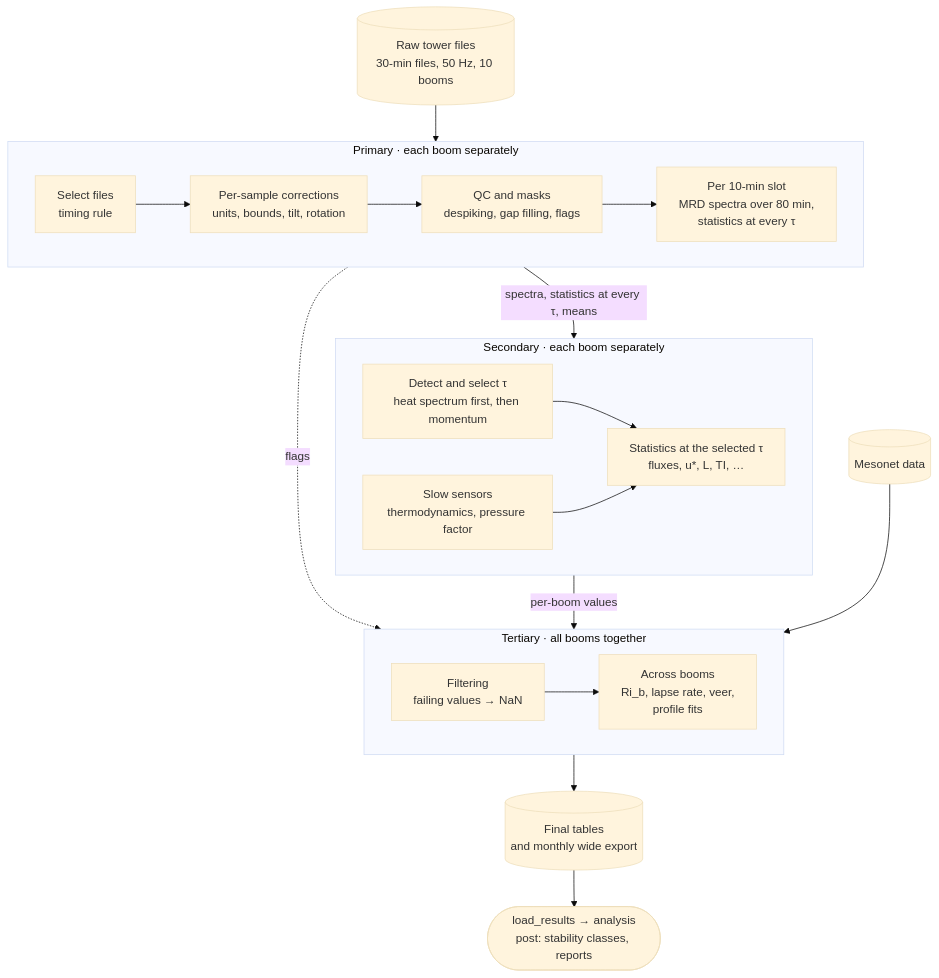
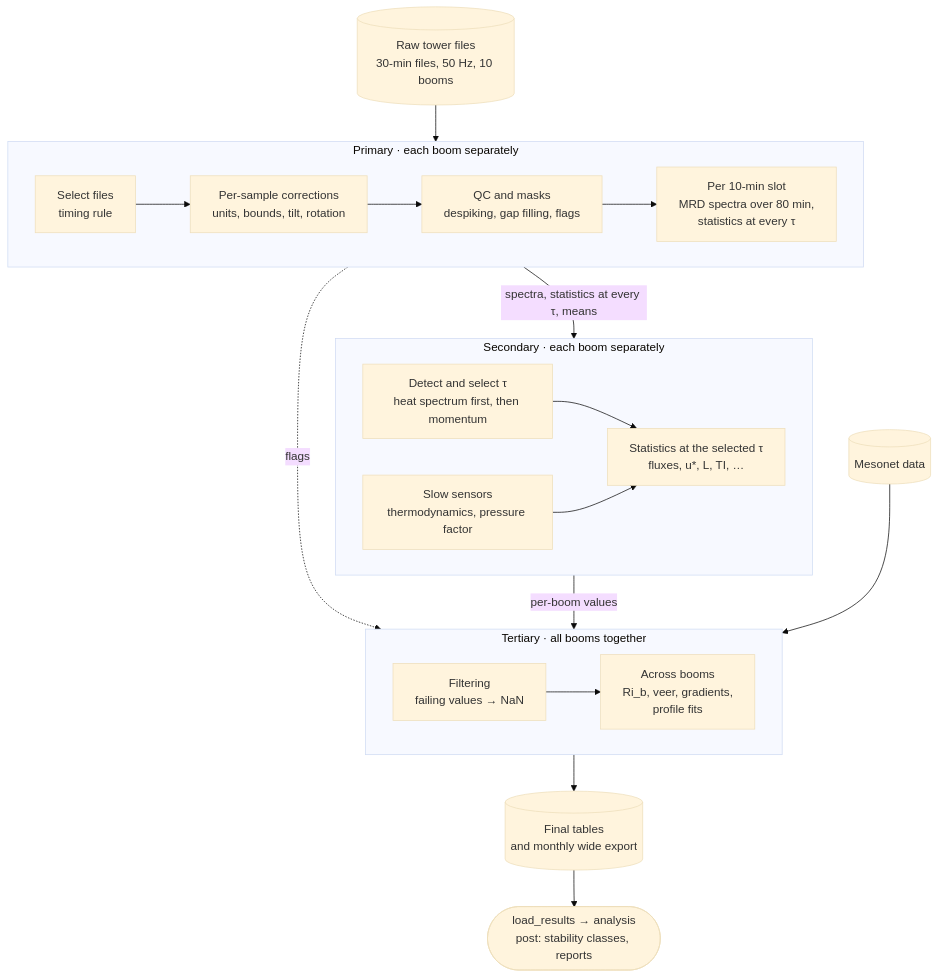
Before and after one commit to Intergalactyc/ttu-tower-processing: the third of 4 diagrams in docs/redesign/overview.md, drawn with Mermaid (base theme). The commit also changed other lines of this file and 55 other files, not shown here.

````diff
--- a/docs/redesign/overview.md
+++ b/docs/redesign/overview.md
@@ -231,31 +233,31 @@
 ```mermaid
 flowchart TB
     raw[("Raw tower files<br/>30-min files, 50 Hz, 10 booms")]
 
     subgraph primary["Primary · each boom separately"]
         direction LR
         files["Select files<br/>timing rule"] --> sample["Per-sample corrections<br/>units, bounds, tilt, rotation"] --> qc["QC and masks<br/>despiking, gap filling, flags"] --> products["Per 10-min slot<br/>MRD spectra over 80 min,<br/>statistics at every τ"]
     end
 
     subgraph secondary["Secondary · each boom separately"]
         direction LR
         tau["Detect and select τ<br/>heat spectrum first, then momentum"] --> stats["Statistics at the selected τ<br/>fluxes, u*, L, TI, …"]
         slow["Slow sensors<br/>thermodynamics, pressure factor"] --> stats
     end
 
     subgraph tertiary["Tertiary · all booms together"]
         direction LR
-        filter["Filtering<br/>failing values → NaN"] --> multi["Across booms<br/>Ri_b, lapse rate, veer,<br/>profile fits"]
+        filter["Filtering<br/>failing values → NaN"] --> multi["Across booms<br/>Ri_b, veer, gradients,<br/>profile fits"]
     end
 
     meso[("Mesonet data")]
     final[("Final tables<br/>and monthly wide export")]
     use(["load_results → analysis<br/>post: stability classes, reports"])
 
     raw --> primary
     primary -- "spectra, statistics at every τ, means" --> secondary
     primary -. "flags" .-> tertiary
     secondary -- "per-boom values" --> tertiary
     meso --> tertiary
     tertiary --> final --> use
 ```
````
